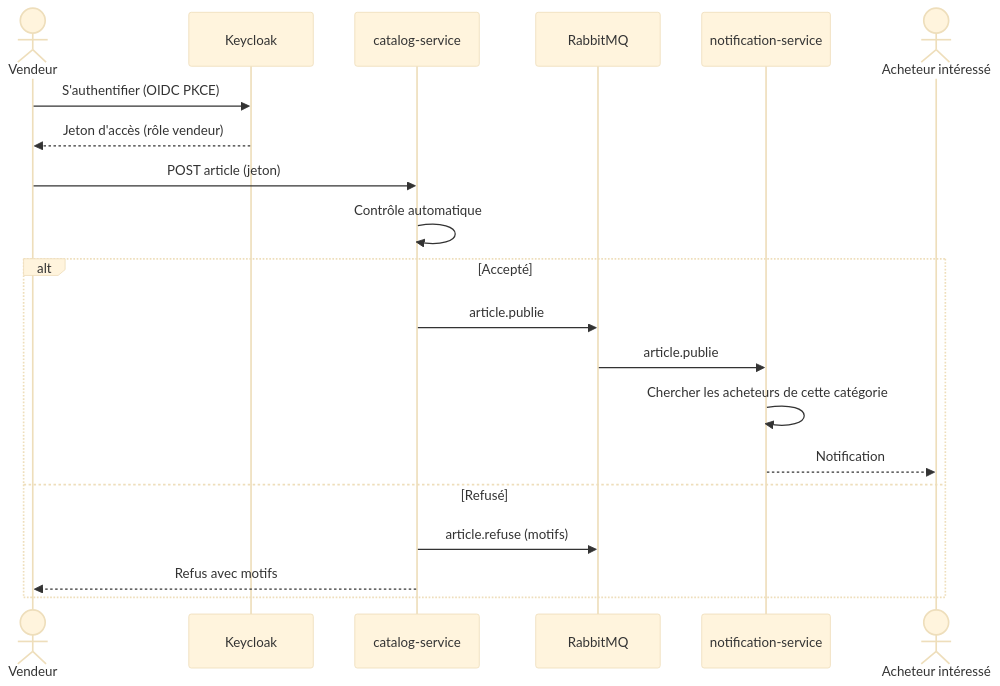
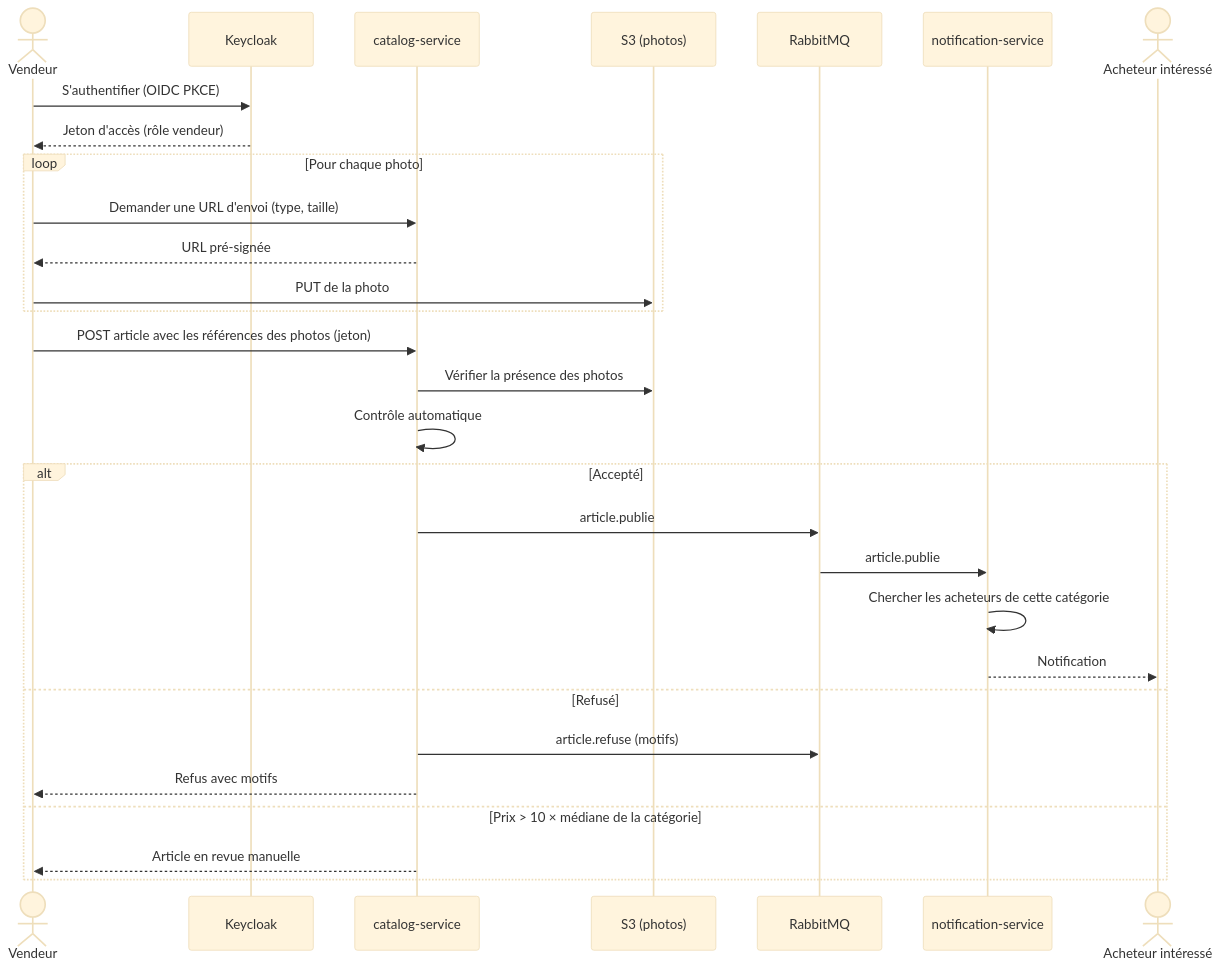
The second of 2 diagrams in docs/backlog/user-stories.md (Melandry27/collector-shop), drawn with Mermaid (base theme) before and after one commit. The commit also changed other lines of this file and 9 other files, not shown here.

````diff
--- a/docs/backlog/user-stories.md
+++ b/docs/backlog/user-stories.md
@@ -60,22 +84,31 @@
 ```mermaid
 sequenceDiagram
   actor V as Vendeur
   participant K as Keycloak
   participant C as catalog-service
+  participant S as S3 (photos)
   participant Q as RabbitMQ
   participant N as notification-service
   actor A as Acheteur intéressé
   V->>K: S'authentifier (OIDC PKCE)
   K-->>V: Jeton d'accès (rôle vendeur)
-  V->>C: POST article (jeton)
+  loop Pour chaque photo
+    V->>C: Demander une URL d'envoi (type, taille)
+    C-->>V: URL pré-signée
+    V->>S: PUT de la photo
+  end
+  V->>C: POST article avec les références des photos (jeton)
+  C->>S: Vérifier la présence des photos
   C->>C: Contrôle automatique
   alt Accepté
     C->>Q: article.publie
     Q->>N: article.publie
     N->>N: Chercher les acheteurs de cette catégorie
     N-->>A: Notification
   else Refusé
     C->>Q: article.refuse (motifs)
     C-->>V: Refus avec motifs
+  else Prix > 10 × médiane de la catégorie
+    C-->>V: Article en revue manuelle
   end
 ```
````
